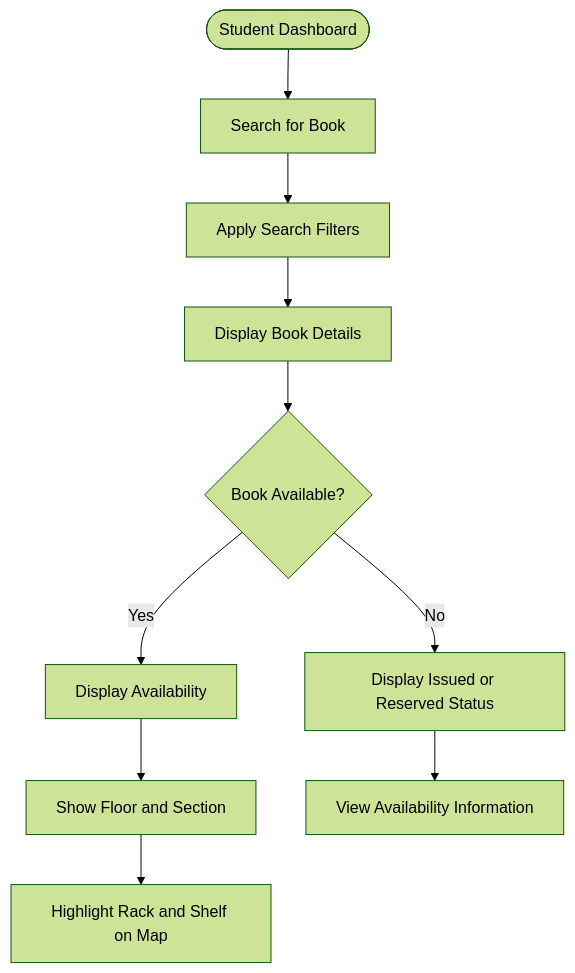
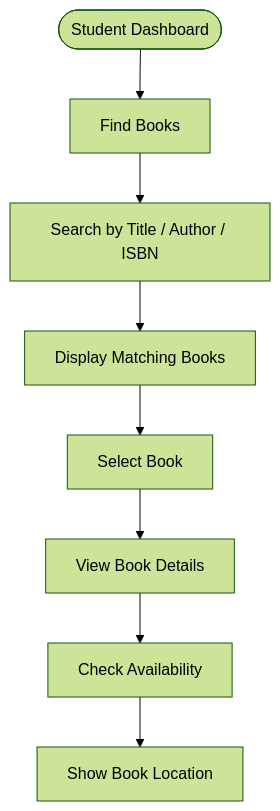
Before and after one commit to hardhiksai05/Library_System_Management_Prototype: the second of 5 diagrams in README.md, drawn with Mermaid (forest theme). The commit also changed other lines of this file, not shown here.

````diff
--- a/README.md
+++ b/README.md
@@ -251,12 +241,10 @@
 ```mermaid
 flowchart TD
-    A([Student Dashboard]) --> B[Search for Book]
-    B --> C[Apply Search Filters]
-    C --> D[Display Book Details]
-    D --> E{Book Available?}
-    E -->|Yes| F[Display Availability]
-    E -->|No| G[Display Issued or Reserved Status]
-    F --> H[Show Floor and Section]
-    H --> I[Highlight Rack and Shelf on Map]
-    G --> J[View Availability Information]
+    A([Student Dashboard]) --> B[Find Books]
+    B --> C[Search by Title / Author / ISBN]
+    C --> D[Display Matching Books]
+    D --> E[Select Book]
+    E --> F[View Book Details]
+    F --> G[Check Availability]
+    G --> H[Show Book Location]
 ```
````
